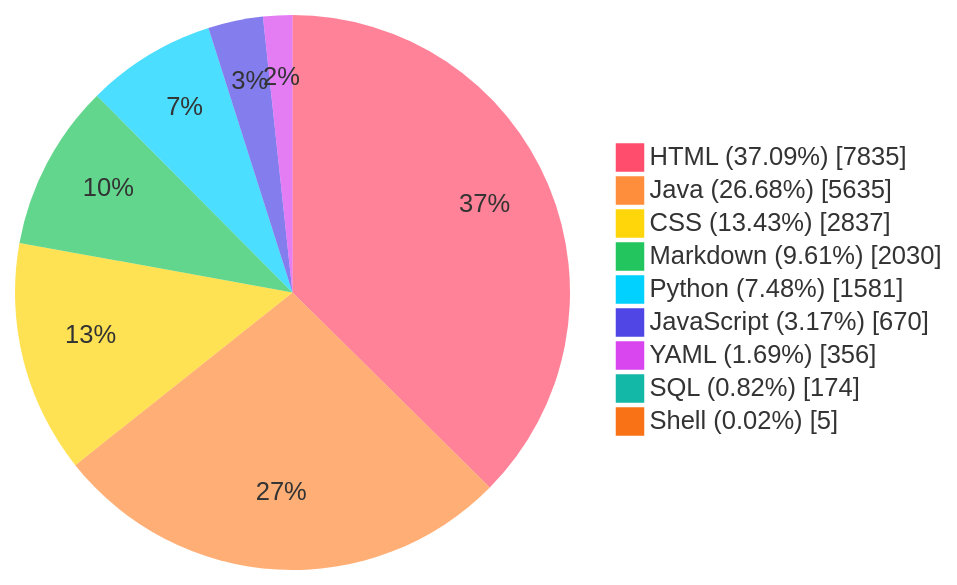
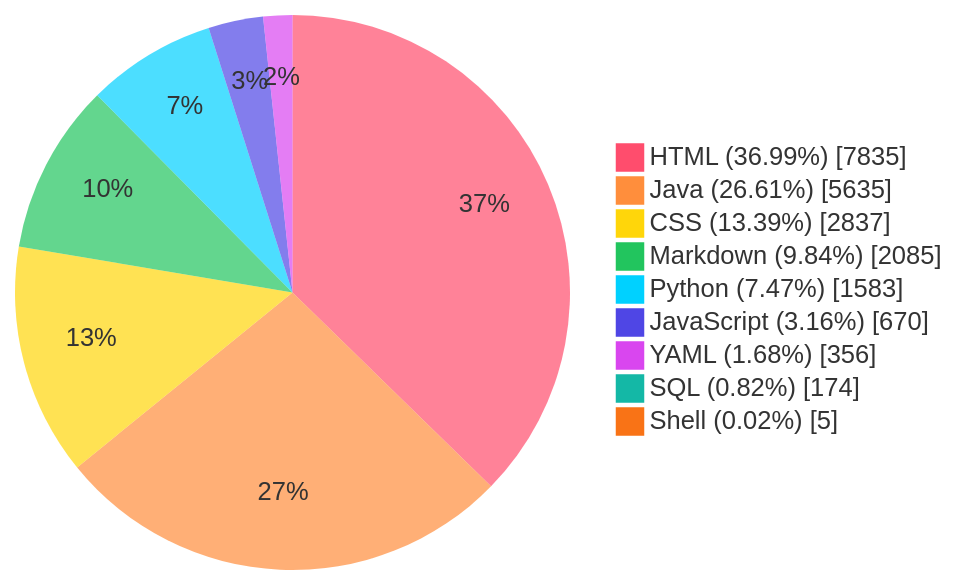
Before and after one commit to TheBadRoger/BUCT-Teaching-Aids: the diagram in README.md, drawn with Mermaid. The commit also changed other lines of this file and 3 other files, not shown here.

````diff
--- a/README.md
+++ b/README.md
@@ -34,28 +37,28 @@
 ```mermaid
 %%{init: {'theme':'base','themeVariables': {
   'fontFamily': 'Fira Code, JetBrains Mono, Source Code Pro, Cascadia Code, Menlo, Consolas, monospace',
   'pieStrokeColor': 'transparent',
   'pieStrokeWidth': '0px',
   'pieOuterStrokeWidth': '0px',
   'pie1': '#FF4D6D',
   'pie2': '#FF8E3C',
   'pie3': '#FFD60A',
   'pie4': '#22C55E',
   'pie5': '#00D1FF',
   'pie6': '#4F46E5',
   'pie7': '#D946EF',
   'pie8': '#14B8A6',
   'pie9': '#F97316',
   'pie10': '#A855F7'
 }}}%%
 pie showData
-    "HTML (37.09%)" : 7835
-    "Java (26.68%)" : 5635
-    "CSS (13.43%)" : 2837
-    "Markdown (9.61%)" : 2030
-    "Python (7.48%)" : 1581
-    "JavaScript (3.17%)" : 670
-    "YAML (1.69%)" : 356
+    "HTML (36.99%)" : 7835
+    "Java (26.61%)" : 5635
+    "CSS (13.39%)" : 2837
+    "Markdown (9.84%)" : 2085
+    "Python (7.47%)" : 1583
+    "JavaScript (3.16%)" : 670
+    "YAML (1.68%)" : 356
     "SQL (0.82%)" : 174
     "Shell (0.02%)" : 5
 ```
````
